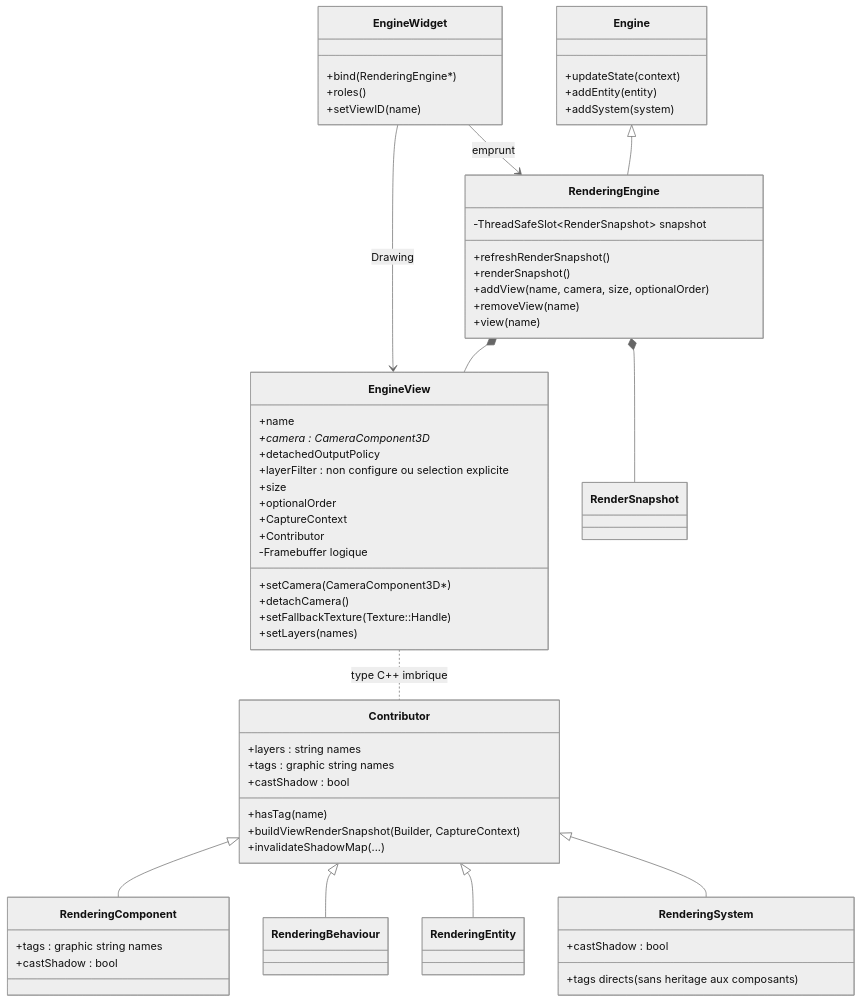
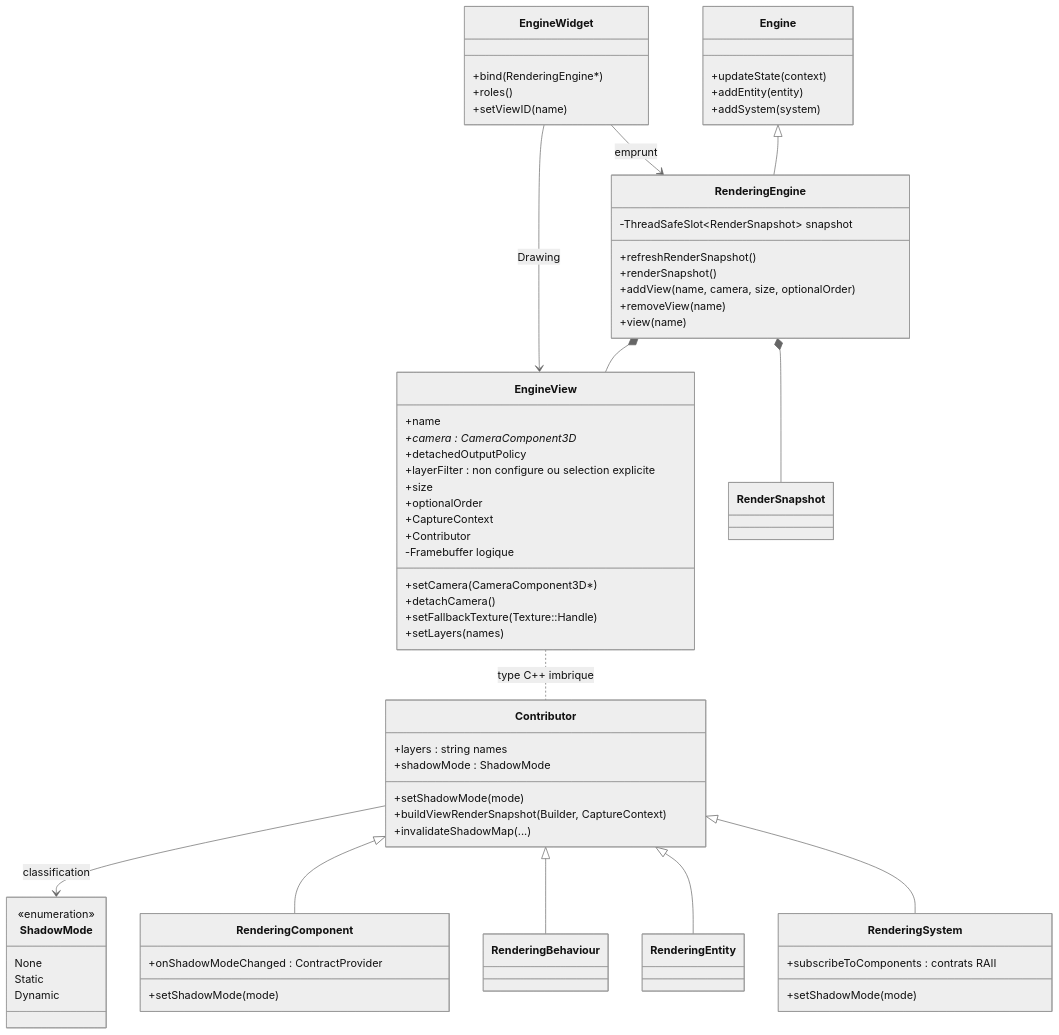
Before and after one commit to EreliaStudio/Sparkle: the sixth of 12 diagrams in docs/voxel-engine-v0.1.4-specification.md, drawn with Mermaid (neutral theme). The commit also changed other lines of this file, not shown here.

Commit message:
docs(v0.1.4): restore ShadowMode with automatic setter invalidation; keep child propagation open

````diff
--- a/docs/voxel-engine-v0.1.4-specification.md
+++ b/docs/voxel-engine-v0.1.4-specification.md
@@ -591,64 +591,70 @@
 ```mermaid
 classDiagram
   class Engine {
     +updateState(context)
     +addEntity(entity)
     +addSystem(system)
   }
   class RenderingEngine {
     +refreshRenderSnapshot()
     +renderSnapshot()
     +addView(name, camera, size, optionalOrder)
     +removeView(name)
     +view(name)
     -ThreadSafeSlot~RenderSnapshot~ snapshot
   }
   class EngineView {
     +name
     +camera : CameraComponent3D*
     +setCamera(CameraComponent3D*)
     +detachCamera()
     +detachedOutputPolicy
     +setFallbackTexture(Texture::Handle)
     +setLayers(names)
     +layerFilter : non configure ou selection explicite
     +size
     +optionalOrder
     +CaptureContext
     +Contributor
     -Framebuffer logique
   }
   class Contributor {
     +layers : string names
-    +tags : graphic string names
-    +castShadow : bool
-    +hasTag(name)
+    +shadowMode : ShadowMode
+    +setShadowMode(mode)
     +buildViewRenderSnapshot(Builder, CaptureContext)
     +invalidateShadowMap(...)
   }
   class RenderingComponent {
-    +tags : graphic string names
-    +castShadow : bool
+    +setShadowMode(mode)
+    +onShadowModeChanged : ContractProvider
   }
   class RenderingBehaviour
   class RenderingEntity
   class RenderingSystem {
-    +castShadow : bool
-    +tags directs (sans heritage aux composants)
+    +setShadowMode(mode)
+    +subscribeToComponents : contrats RAII
   }
+  class ShadowMode {
+    <<enumeration>>
+    None
+    Static
+    Dynamic
+  }
+  Contributor --> ShadowMode : classification
   class EngineWidget {
     +bind(RenderingEngine*)
     +roles()
     +setViewID(name)
   }
   Engine <|-- RenderingEngine
   RenderingEngine *-- EngineView
   RenderingEngine *-- RenderSnapshot
   EngineView .. Contributor : type C++ imbrique
   Contributor <|-- RenderingComponent
   Contributor <|-- RenderingBehaviour
   Contributor <|-- RenderingEntity
   Contributor <|-- RenderingSystem
   EngineWidget --> RenderingEngine : emprunt
   EngineWidget --> EngineView : Drawing
 ```
````
